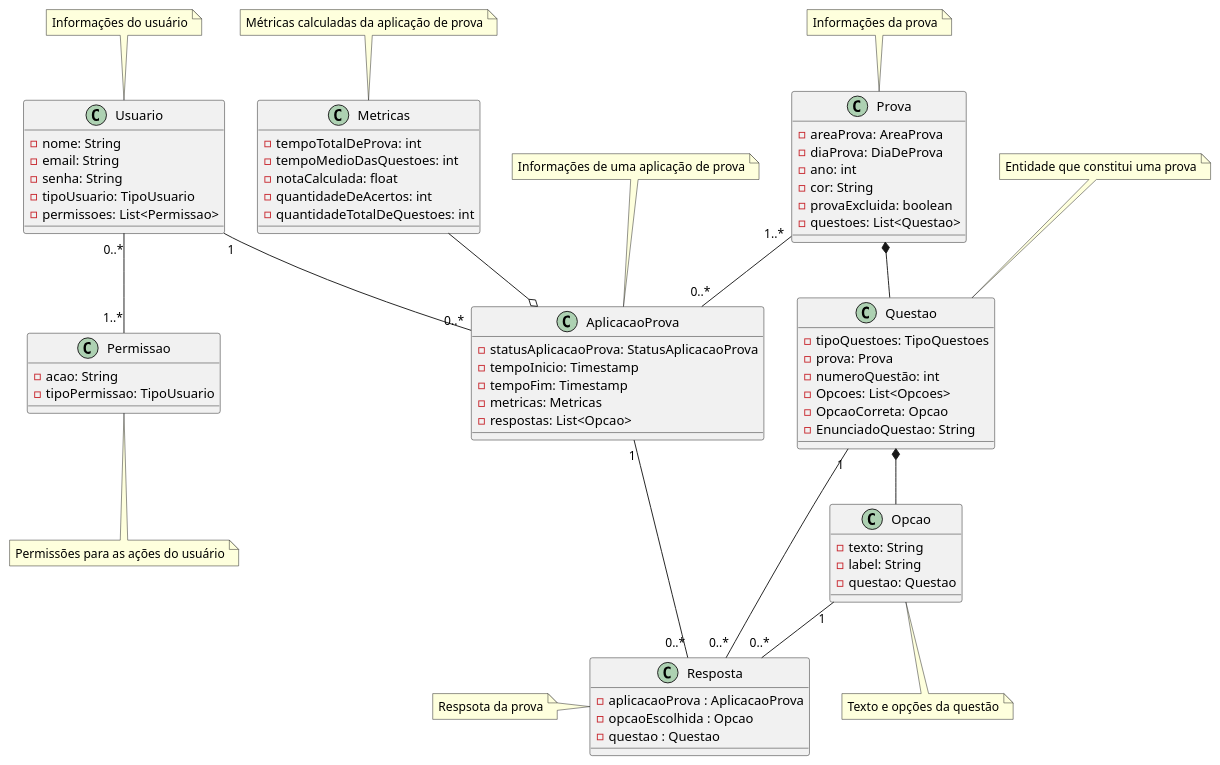
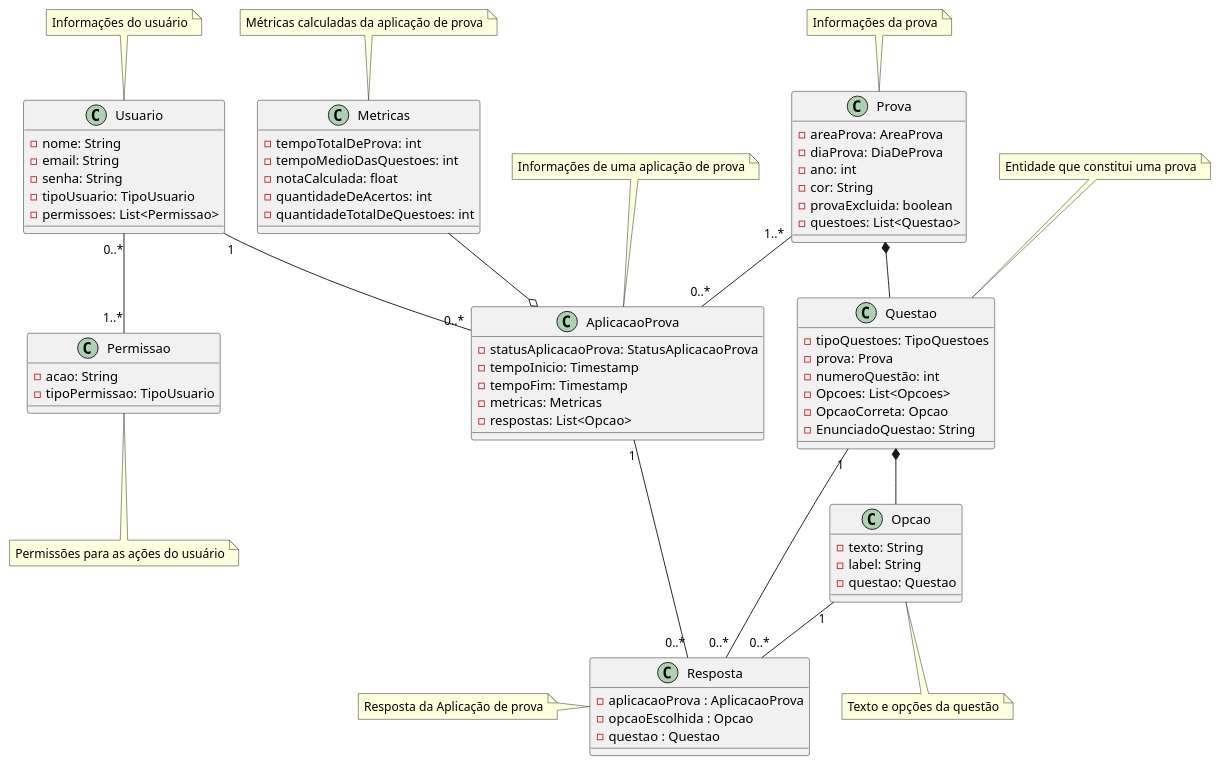
One commit to Edhet/enem-questions changed the diagram in docs/diagramaDeClasses.plantuml. Above: the diagram before and after it, drawn with PlantUML.

Commit message:
Retira os Enums do Diagrama de Classes
O Diagrama de Classes foi separdo  en dois diagramas, um dos diagramas tem as classes e outro os Enums, essa medida foi tomada para facilitar a visualização

```diff
--- a/docs/diagramaDeClasses.plantuml
+++ b/docs/diagramaDeClasses.plantuml
@@ -1,126 +1,93 @@
 @startuml
 
-/' CLASSES E ENUMS '/
+/' CLASSES '/
 
 class Prova{
     - areaProva: AreaProva
     - diaProva: DiaDeProva
     - ano: int
     - cor: String
     - provaExcluida: boolean
     - questoes: List<Questao>
 }
 
 class Usuario{
     - nome: String
     - email: String
     - senha: String
     - tipoUsuario: TipoUsuario
     - permissoes: List<Permissao>
 }
 
 class Questao{
     - tipoQuestoes: TipoQuestoes
     - prova: Prova
     - numeroQuestão: int
     - Opcoes: List<Opcoes>
     - OpcaoCorreta: Opcao
     - EnunciadoQuestao: String
 }
 
 class Metricas{
     - tempoTotalDeProva: int
     - tempoMedioDasQuestoes: int
     - notaCalculada: float
     - quantidadeDeAcertos: int
     - quantidadeTotalDeQuestoes: int
 }
 
 class AplicacaoProva{
     - statusAplicacaoProva: StatusAplicacaoProva
     - tempoInicio: Timestamp
     - tempoFim: Timestamp
     - metricas: Metricas
     - respostas: List<Opcao>
 }
 
 class Permissao{
     - acao: String
     - tipoPermissao: TipoUsuario
 }
 
 class Opcao{
     - texto: String
     - label: String
     - questao: Questao
 }
 class Resposta{
     - aplicacaoProva : AplicacaoProva
     - opcaoEscolhida : Opcao
     - questao : Questao
 }
-/'
-Enum AreaProva{
-    + EXATAS
-    + NATUREZAS
-    + HUMANAS
-    + LINGUAGENS
-}
-Enum NivelQuestao{
-    + DIFICIL
-    + MEDIO
-    + FACIL
-}
-Enum TipoUsuario{
-    + ALUNO
-    + ADMINISTRADOR
-    + ANALISTA
-}
-Enum DiaDeProva{
-    + PRIMEIRO
-    + SEGUNDO
-}
-Enum StatusAplicacaoProva{
-    + FINALIZADA
-    + ANDAMENTO
-} '/
+
 
 /' RELAÇÕES '/
 
 Prova "1..*" -- "0..*" AplicacaoProva
 Prova  *--  Questao
 Questao *--  Opcao
-'Prova "0..*"--"1" DiaDeProva,
-/'Prova "0..*"-- "1" AreaProva '/
+
 
 Usuario "1" -- "0..*" AplicacaoProva
 Usuario "0..*" -- "1..*" Permissao
-'Usuario "0..*" - "1" TipoUsuario'
 
 Metricas --o AplicacaoProva
-
-/'Questao "0..*" --"1" NivelQuestao'/
-
-'AplicacaoProva "0..*" -- "1" StatusAplicacaoProva'
-
-/'Permissao "0..*   " -- "1" TipoUsuario '/
 
 AplicacaoProva "1" -- "0..*" Resposta
 
 Opcao "1" -- "0..*" Resposta
 
 Questao "1" -- "0..*" Resposta
-
-
 
 /' NOTAS'/
 
 note bottom of Permissao: Permissões para as ações do usuário
 note top of Usuario: Informações do usuário
 note top of Questao: Entidade que constitui uma prova
 note top of Prova : Informações da prova
 note top of AplicacaoProva : Informações de uma aplicação de prova
 note top of Metricas : Métricas calculadas da aplicação de prova
 note bottom of Opcao : Texto e opções da questão
-note left of Resposta : Respsota da prova
+note left of Resposta : Resposta da Aplicação de prova
+
 @enduml
```
